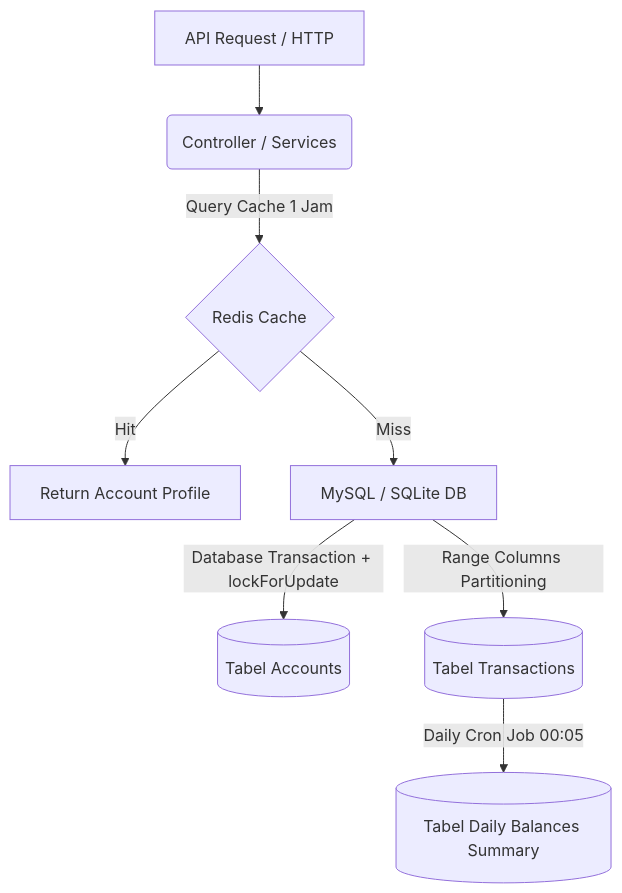
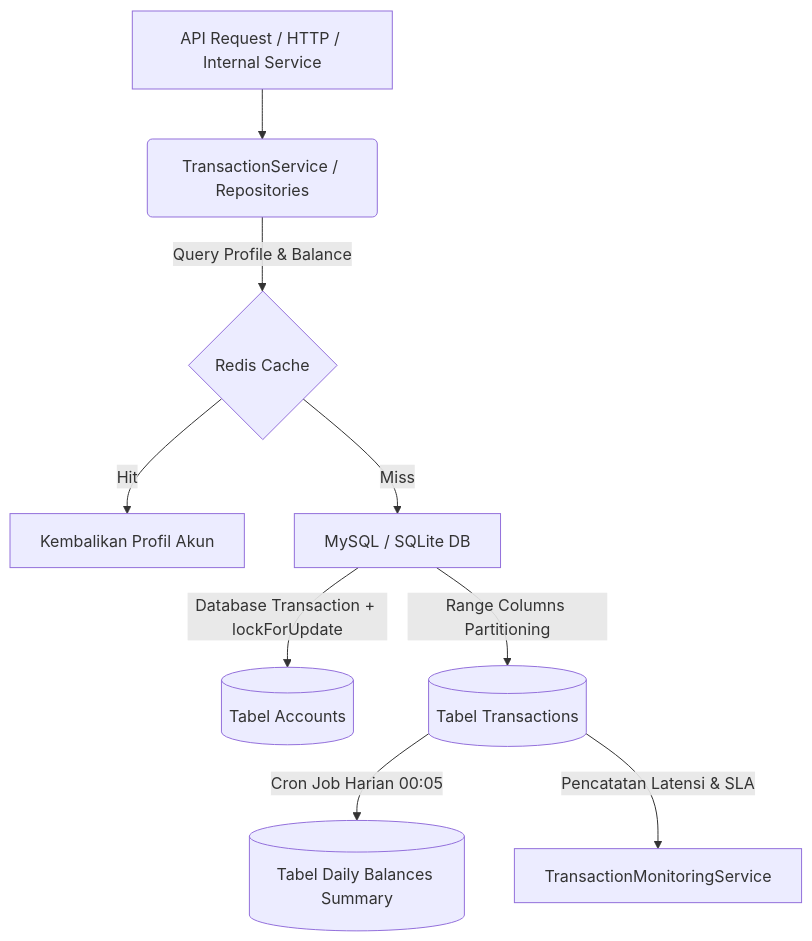
The diagram in WALKTHROUGHACCOUNTMANAGEMENT.md (MK-Arsitektur-Backend-Lanjut/Team-12-History-Transaksi-Bank), drawn with Mermaid before and after one commit. The commit also changed other lines of this file and 3 other files, not shown here.

````diff
--- a/WALKTHROUGHACCOUNTMANAGEMENT.md
+++ b/WALKTHROUGHACCOUNTMANAGEMENT.md
@@ -11,10 +12,11 @@
 ```mermaid
 graph TD
-    A[API Request / HTTP] --> B(Controller / Services)
-    B -->|Query Cache 1 Jam| C{Redis Cache}
-    C -->|Hit| D[Return Account Profile]
+    A[API Request / HTTP / Internal Service] --> B(TransactionService / Repositories)
+    B -->|Query Profile & Balance| C{Redis Cache}
+    C -->|Hit| D[Kembalikan Profil Akun]
     C -->|Miss| E[MySQL / SQLite DB]
     E -->|Database Transaction + lockForUpdate| F[(Tabel Accounts)]
     E -->|Range Columns Partitioning| G[(Tabel Transactions)]
-    G -->|Daily Cron Job 00:05| H[(Tabel Daily Balances Summary)]
+    G -->|Cron Job Harian 00:05| H[(Tabel Daily Balances Summary)]
+    G -->|Pencatatan Latensi & SLA| I[TransactionMonitoringService]
 ```
````
